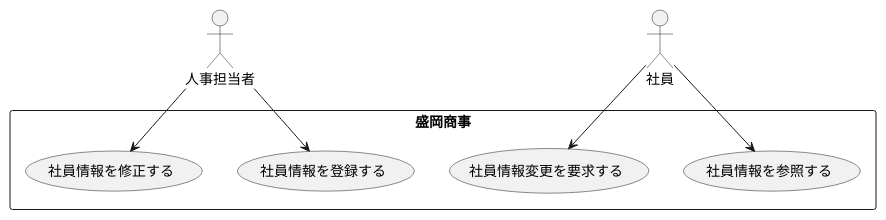
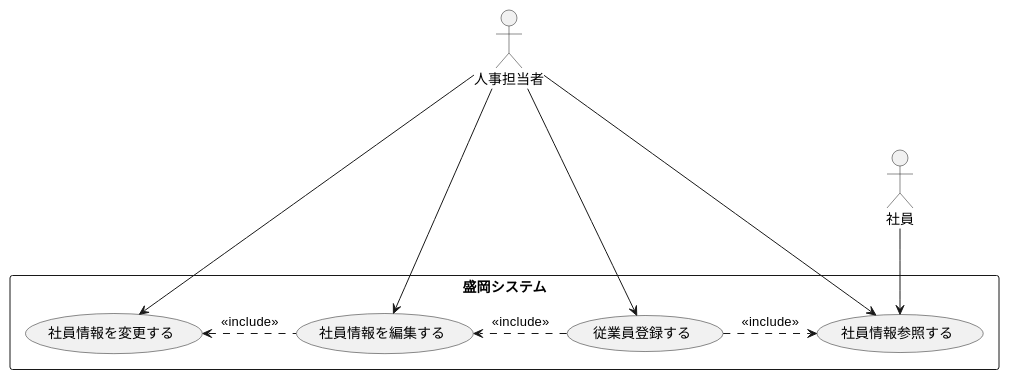
The diagram in 演習2-6_盛岡システム_従業員登録システム.pu (tonitonityoppa/uml-introduction), drawn with PlantUML before and after one commit.

Commit message:
演習2-6修正

```diff
--- a/演習2-6_盛岡システム_従業員登録システム.pu
+++ b/演習2-6_盛岡システム_従業員登録システム.pu
@@ -1,14 +1,18 @@
 @startuml 従業員登録システム
 actor 人事担当者
 actor 社員
-rectangle 盛岡商事 {
-usecase 社員情報を登録する
-usecase 社員情報を参照する
-usecase 社員情報変更を要求する
-usecase 社員情報を修正する
+rectangle 盛岡システム{
+usecase 従業員登録する
+usecase 社員情報を変更する
+usecase 社員情報参照する
+usecase 社員情報を編集する
 }
-人事担当者 --> 社員情報を登録する
-人事担当者 --> 社員情報を修正する
-社員 --> 社員情報を参照する
-社員 --> 社員情報変更を要求する
+社員 --> 社員情報参照する
+人事担当者 ---> 社員情報を編集する
+人事担当者 --> 従業員登録する
+人事担当者 ---> 社員情報参照する
+人事担当者 ---> 社員情報を変更する
+社員情報を変更する <. 社員情報を編集する : << include >>
+従業員登録する .> 社員情報参照する : << include >>
+従業員登録する .> 社員情報を編集する : << include >>
 @enduml
```
